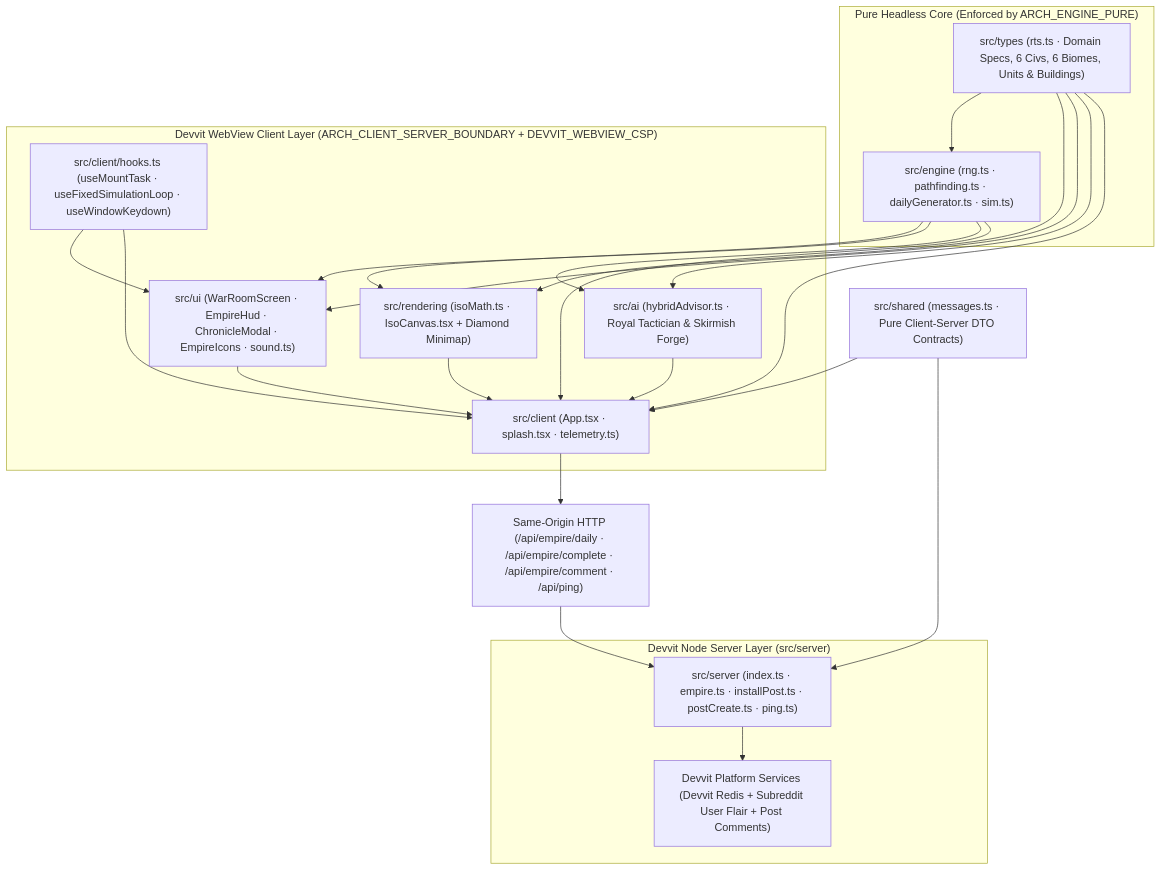
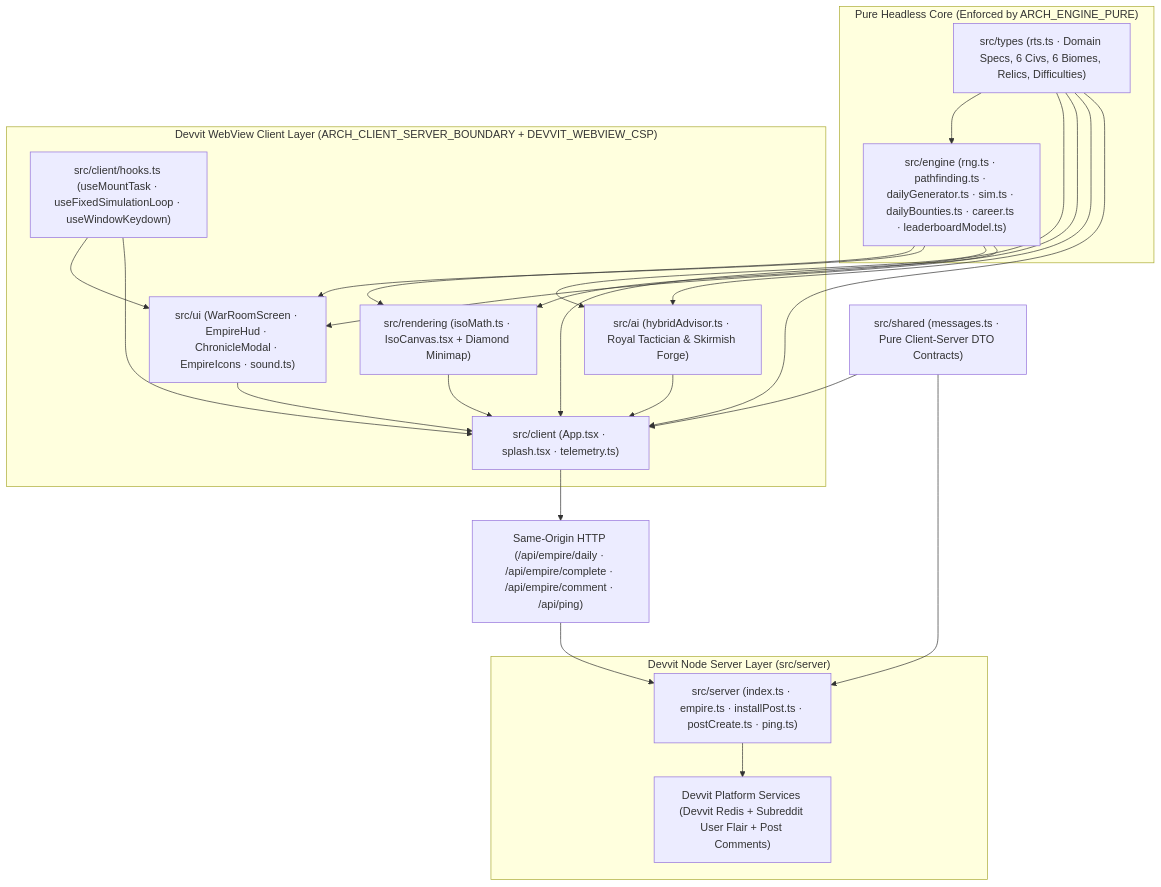
Before and after one commit to manvendersingh21/pocket-empires: the first of 4 diagrams in ARCHITECTURE.md, drawn with Mermaid. The commit also changed other lines of this file and 30 other files, not shown here.

Commit message:
feat: add 3-league leaderboard, Sacred Relics, daily bounties, career ranks, and runtime verification

````diff
--- a/ARCHITECTURE.md
+++ b/ARCHITECTURE.md
@@ -23,47 +23,47 @@
 ```mermaid
 flowchart TD
   subgraph PureCore["Pure Headless Core (Enforced by ARCH_ENGINE_PURE)"]
-    Types["src/types (rts.ts · Domain Specs, 6 Civs, 6 Biomes, Units & Buildings)"]
-    Engine["src/engine (rng.ts · pathfinding.ts · dailyGenerator.ts · sim.ts)"]
+    Types["src/types (rts.ts · Domain Specs, 6 Civs, 6 Biomes, Relics, Difficulties)"]
+    Engine["src/engine (rng.ts · pathfinding.ts · dailyGenerator.ts · sim.ts · dailyBounties.ts · career.ts · leaderboardModel.ts)"]
     Types --> Engine
   end
 
   Shared["src/shared (messages.ts · Pure Client-Server DTO Contracts)"]
 
   subgraph WebViewBundle["Devvit WebView Client Layer (ARCH_CLIENT_SERVER_BOUNDARY + DEVVIT_WEBVIEW_CSP)"]
     Rendering["src/rendering (isoMath.ts · IsoCanvas.tsx + Diamond Minimap)"]
     UI["src/ui (WarRoomScreen · EmpireHud · ChronicleModal · EmpireIcons · sound.ts)"]
     AI["src/ai (hybridAdvisor.ts · Royal Tactician & Skirmish Forge)"]
     Hooks["src/client/hooks.ts (useMountTask · useFixedSimulationLoop · useWindowKeydown)"]
     Client["src/client (App.tsx · splash.tsx · telemetry.ts)"]
 
     Types --> Rendering
     Types --> UI
     Types --> AI
     Types --> Client
 
     Engine --> Rendering
     Engine --> UI
     Engine --> AI
     Engine --> Client
 
     Hooks --> UI
     Hooks --> Client
     Rendering --> Client
     UI --> Client
     AI --> Client
   end
 
   ApiBoundary["Same-Origin HTTP (/api/empire/daily · /api/empire/complete · /api/empire/comment · /api/ping)"]
 
   subgraph ServerLayer["Devvit Node Server Layer (src/server)"]
     Server["src/server (index.ts · empire.ts · installPost.ts · postCreate.ts · ping.ts)"]
     DevvitPlatform["Devvit Platform Services (Devvit Redis + Subreddit User Flair + Post Comments)"]
     Server --> DevvitPlatform
   end
 
   Shared --> Client
   Shared --> Server
   Client --> ApiBoundary
   ApiBoundary --> Server
 ```
````
